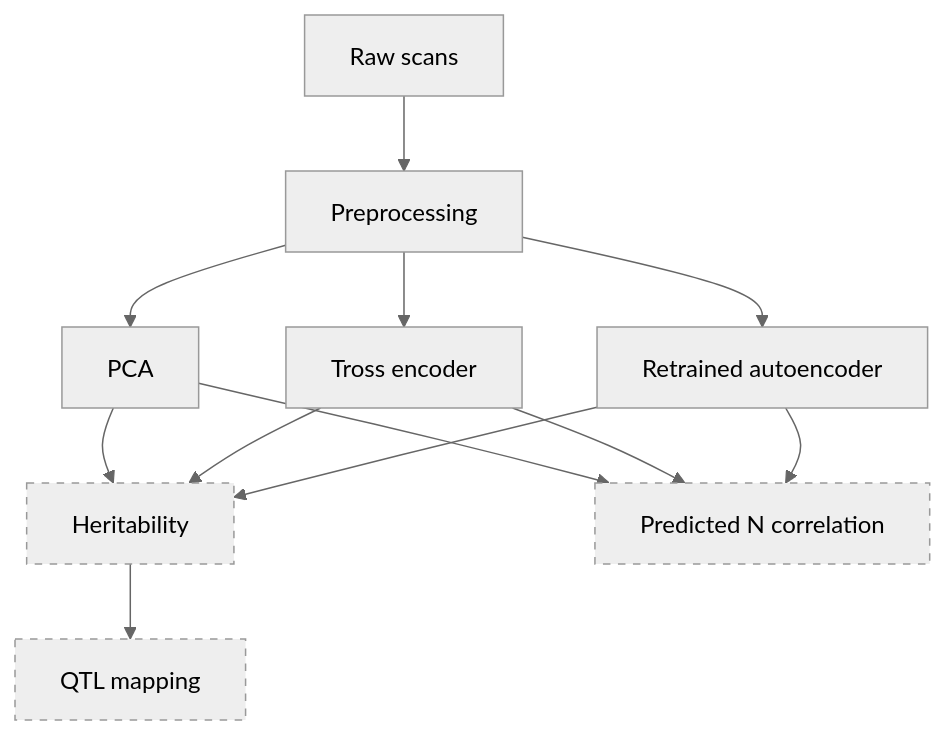
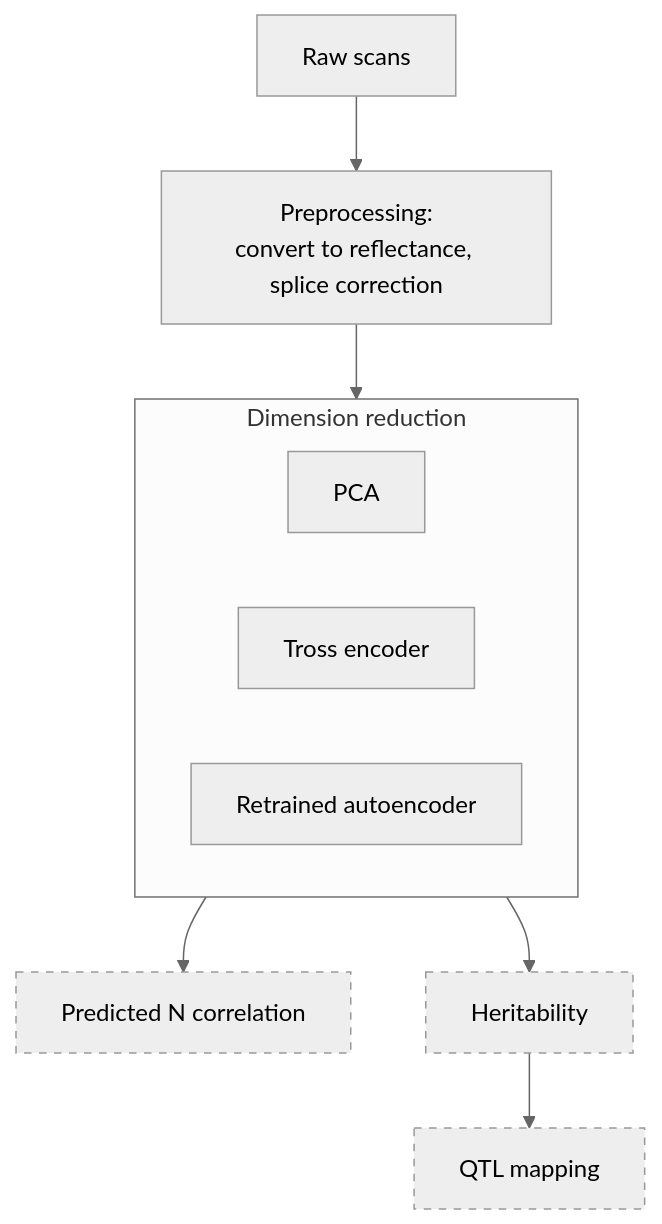
One commit to HannahPil/HypeSpec changed the diagram in README.md. Above: the diagram before and after it, drawn with Mermaid (neutral theme).

Commit message:
README: group dimension-reduction methods in flowchart

````diff
--- a/README.md
+++ b/README.md
@@ -11,19 +11,19 @@
 ```mermaid
 flowchart TD
-    A["Raw scans"] --> B["Preprocessing"]
+    A["Raw scans"] --> B["Preprocessing:<br/>convert to reflectance, splice correction"]
+    B --> DR
 
-    B --> P["PCA"]
-    B --> T["Tross encoder"]
-    B --> R["Retrained autoencoder"]
+    subgraph DR["Dimension reduction"]
+        direction LR
+        P["PCA"]
+        T["Tross encoder"]
+        R["Retrained autoencoder"]
+    end
 
-    P --> H["Heritability"]
-    T --> H
-    R --> H
+    DR --> G["Predicted N correlation"]
+    DR --> H["Heritability"]
     H --> Q["QTL mapping"]
-    P --> G["Predicted N correlation"]
-    T --> G
-    R --> G
 
     classDef planned stroke-dasharray: 5 5
     class H,Q,G planned
 ```
````
